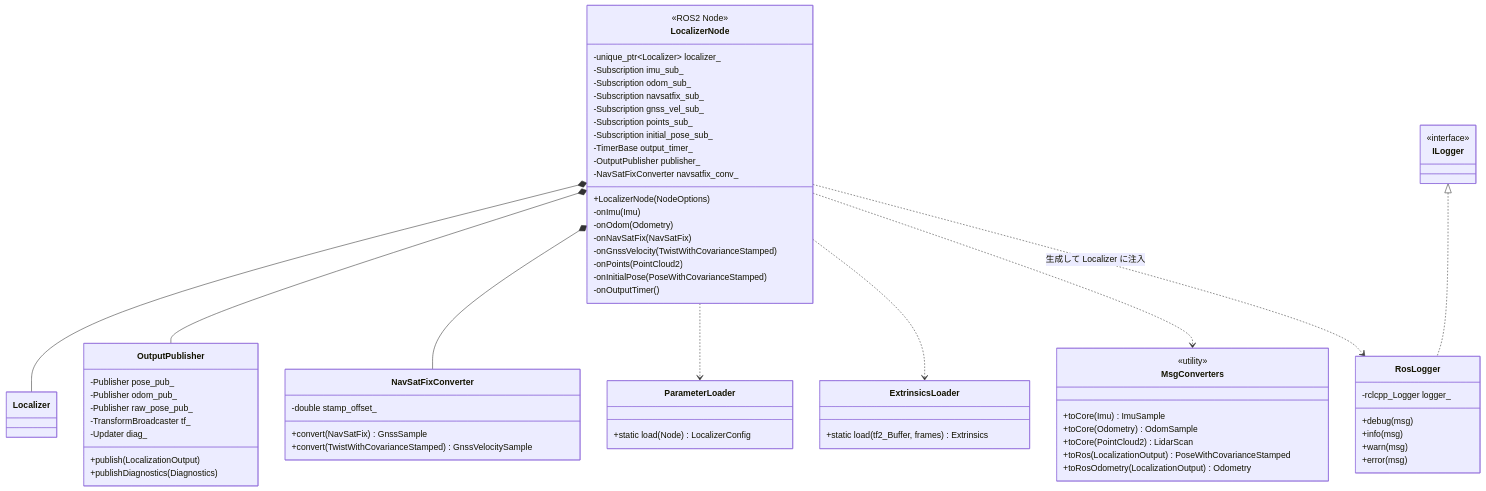
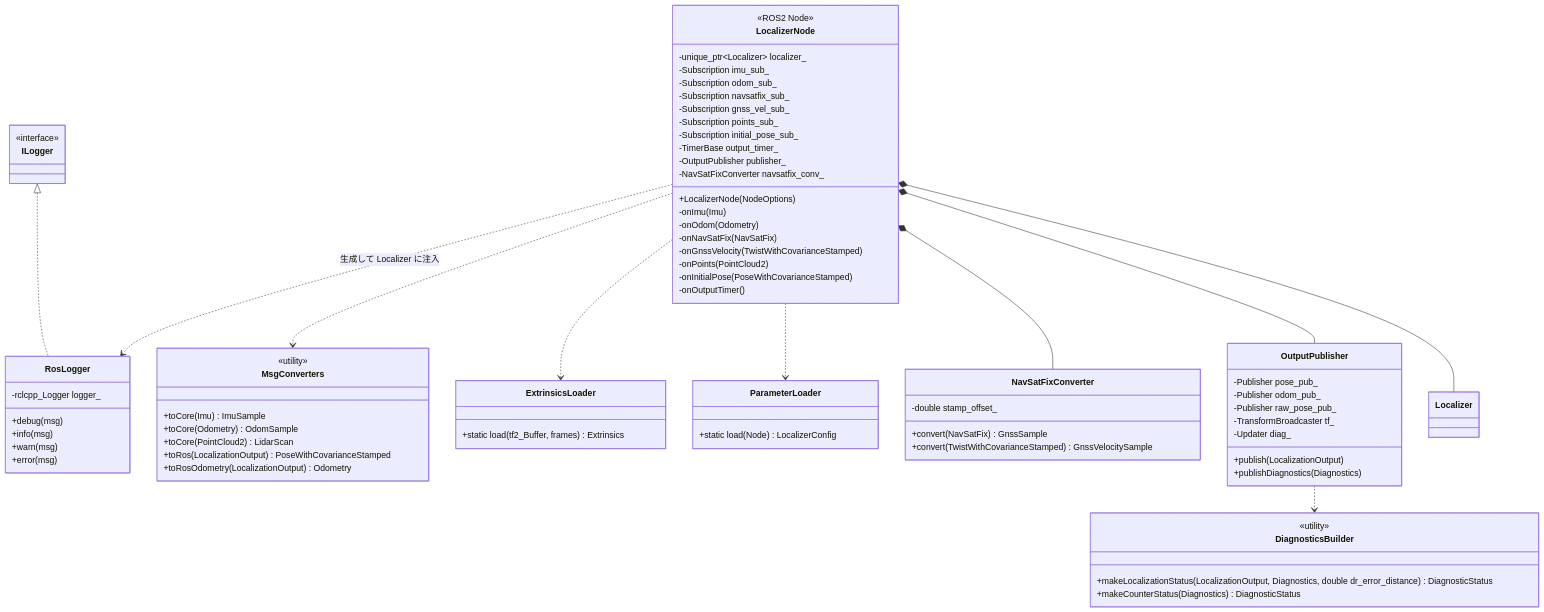
Before and after one commit to mamoru1126/gnss_and_lidar_localization: diagram 11 of 14 in docs/architecture.md, drawn with Mermaid. The commit also changed other lines of this file and 6 other files, not shown here.

First line of the commit message:
docs: 運用上の前提とデッドレコニング距離の監視を反映し、複数地図の扱いを見直し（設計書 v0.9）

````diff
--- a/docs/architecture.md
+++ b/docs/architecture.md
@@ -769,73 +794,79 @@
 ```mermaid
 classDiagram
 
   class LocalizerNode {
     <<ROS2 Node>>
     -unique_ptr~Localizer~ localizer_
     -Subscription imu_sub_
     -Subscription odom_sub_
     -Subscription navsatfix_sub_
     -Subscription gnss_vel_sub_
     -Subscription points_sub_
     -Subscription initial_pose_sub_
     -TimerBase output_timer_
     -OutputPublisher publisher_
     -NavSatFixConverter navsatfix_conv_
     +LocalizerNode(NodeOptions)
     -onImu(Imu)
     -onOdom(Odometry)
     -onNavSatFix(NavSatFix)
     -onGnssVelocity(TwistWithCovarianceStamped)
     -onPoints(PointCloud2)
     -onInitialPose(PoseWithCovarianceStamped)
     -onOutputTimer()
   }
   class ParameterLoader {
     +static load(Node) LocalizerConfig
   }
   class ExtrinsicsLoader {
     +static load(tf2_Buffer, frames) Extrinsics
   }
   class RosLogger {
     -rclcpp_Logger logger_
     +debug(msg)
     +info(msg)
     +warn(msg)
     +error(msg)
   }
   class NavSatFixConverter {
     -double stamp_offset_
     +convert(NavSatFix) GnssSample
     +convert(TwistWithCovarianceStamped) GnssVelocitySample
   }
   class MsgConverters {
     <<utility>>
     +toCore(Imu) ImuSample
     +toCore(Odometry) OdomSample
     +toCore(PointCloud2) LidarScan
     +toRos(LocalizationOutput) PoseWithCovarianceStamped
     +toRosOdometry(LocalizationOutput) Odometry
   }
   class OutputPublisher {
     -Publisher pose_pub_
     -Publisher odom_pub_
     -Publisher raw_pose_pub_
     -TransformBroadcaster tf_
     -Updater diag_
     +publish(LocalizationOutput)
     +publishDiagnostics(Diagnostics)
   }
+  class DiagnosticsBuilder {
+    <<utility>>
+    +makeLocalizationStatus(LocalizationOutput, Diagnostics, double dr_error_distance) DiagnosticStatus
+    +makeCounterStatus(Diagnostics) DiagnosticStatus
+  }
   class ILogger {
     <<interface>>
   }
   class Localizer
 
   LocalizerNode *-- Localizer
   LocalizerNode *-- OutputPublisher
   LocalizerNode *-- NavSatFixConverter
   LocalizerNode ..> ParameterLoader
   LocalizerNode ..> ExtrinsicsLoader
   LocalizerNode ..> MsgConverters
+  OutputPublisher ..> DiagnosticsBuilder
   ILogger <|.. RosLogger
   LocalizerNode ..> RosLogger : 生成して Localizer に注入
 ```
````
